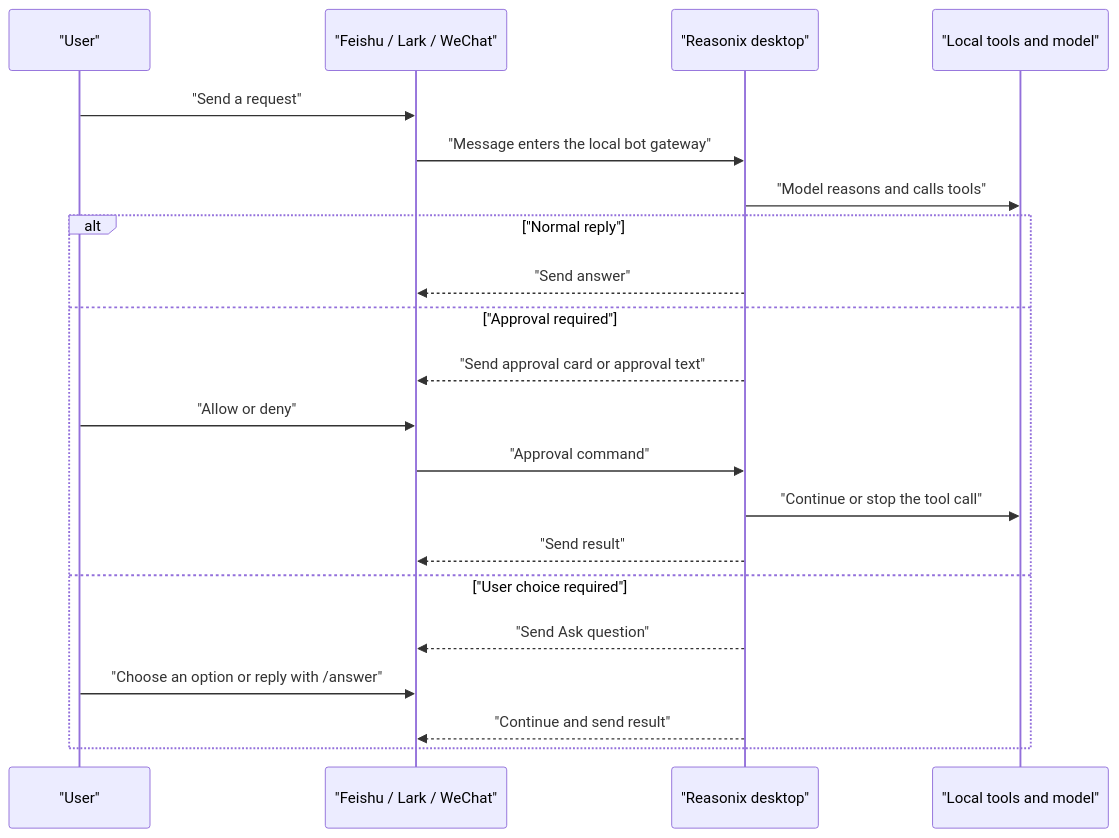
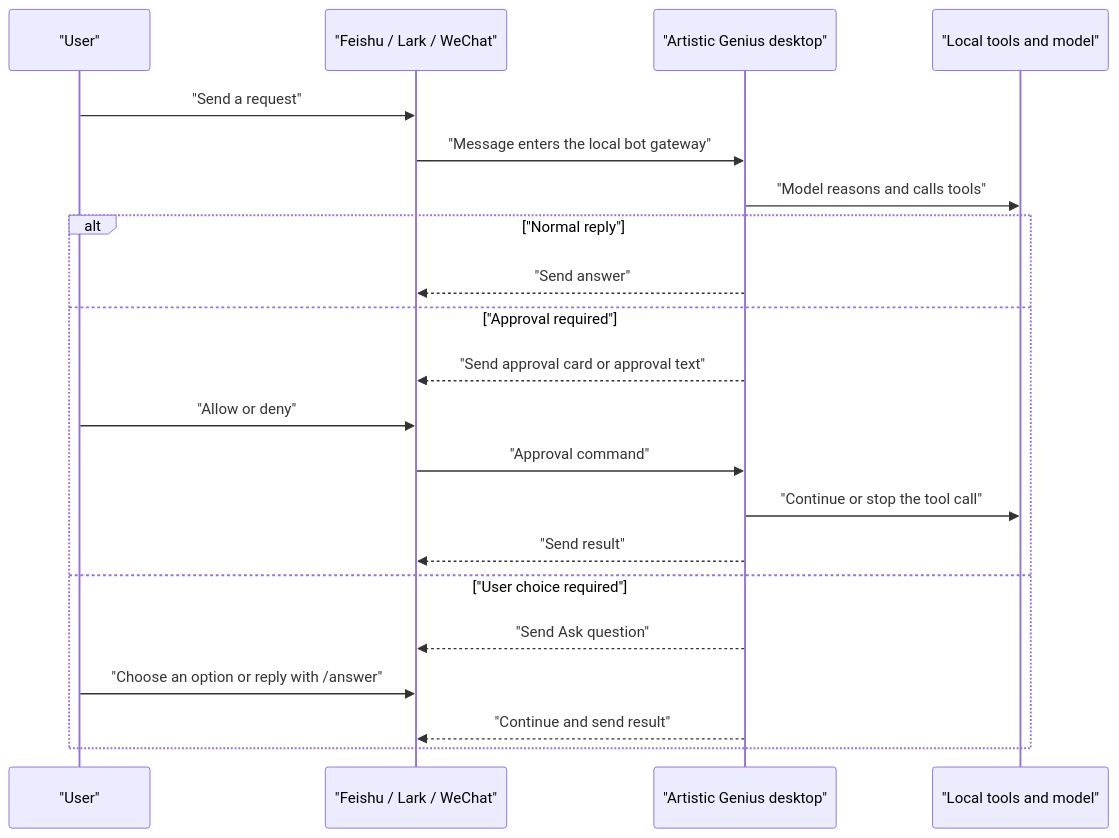
Before and after one commit to Li-Charles-One/artistic-genius: the second of 3 diagrams in docs/BOT_GUIDE.md, drawn with Mermaid. The commit also changed other lines of this file and 499 other files, not shown here.

Commit message:
rebrand: reset project as Artistic Genius

````diff
--- a/docs/BOT_GUIDE.md
+++ b/docs/BOT_GUIDE.md
@@ -133,24 +133,24 @@
 ```mermaid
 sequenceDiagram
   participant U as "User"
   participant IM as "Feishu / Lark / WeChat"
-  participant R as "Reasonix desktop"
+  participant R as "Artistic Genius desktop"
   participant T as "Local tools and model"
 
   U->>IM: "Send a request"
   IM->>R: "Message enters the local bot gateway"
   R->>T: "Model reasons and calls tools"
   alt "Normal reply"
     R-->>IM: "Send answer"
   else "Approval required"
     R-->>IM: "Send approval card or approval text"
     U->>IM: "Allow or deny"
     IM->>R: "Approval command"
     R->>T: "Continue or stop the tool call"
     R-->>IM: "Send result"
   else "User choice required"
     R-->>IM: "Send Ask question"
     U->>IM: "Choose an option or reply with /answer"
     R-->>IM: "Continue and send result"
   end
 ```
````
